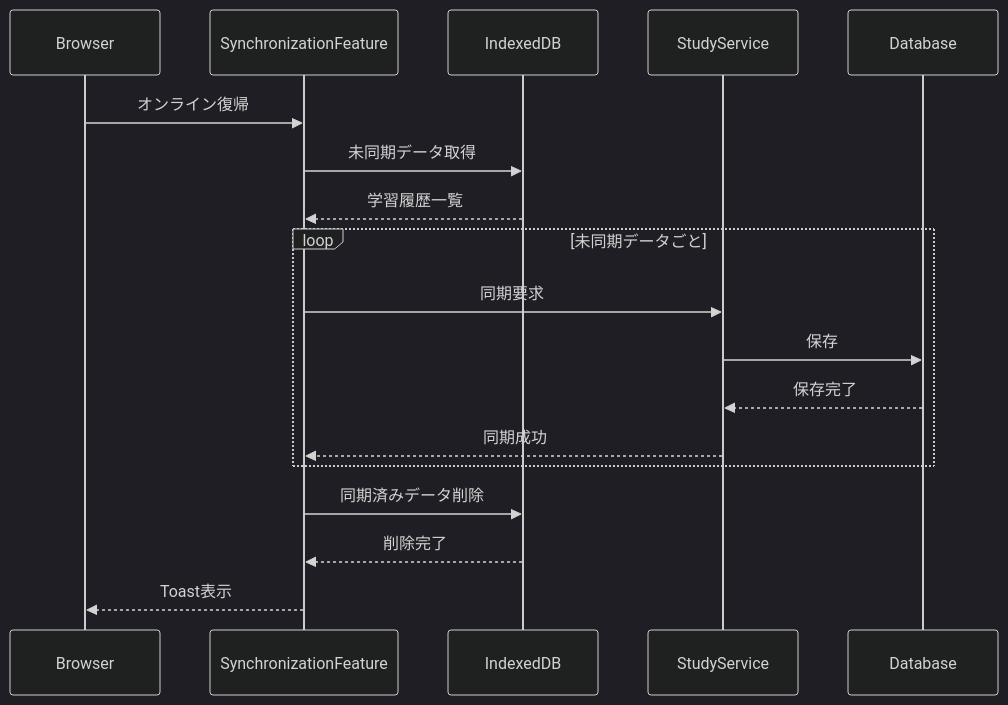
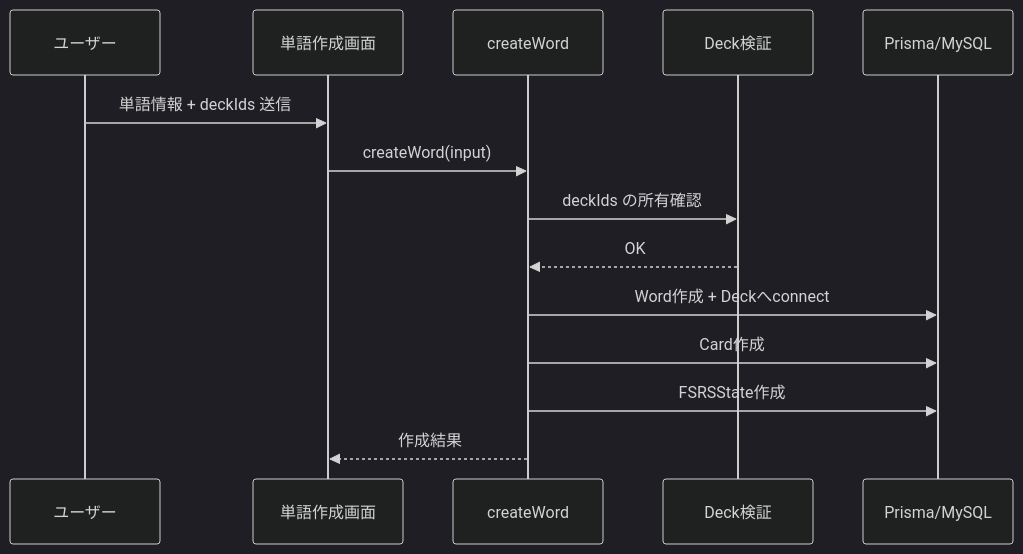
Before and after one commit to oniemikel/english-learning-tool: the third of 5 diagrams in docs/基本設計書.md, drawn with Mermaid (dark theme). The commit also changed other lines of this file and 2 other files, not shown here.

````diff
--- a/docs/基本設計書.md
+++ b/docs/基本設計書.md
@@ -5885,24 +139,17 @@
 ```mermaid
 sequenceDiagram
-    participant Browser
-    participant Sync as SynchronizationFeature
-    participant IDB as IndexedDB
-    participant Service as StudyService
-    participant DB as Database
+  participant U as ユーザー
+  participant P as 単語作成画面
+  participant W as createWord
+  participant D as Deck検証
+  participant DB as Prisma/MySQL
 
-    Browser->>Sync: オンライン復帰
-
-    Sync->>IDB: 未同期データ取得
-    IDB-->>Sync: 学習履歴一覧
-
-    loop 未同期データごと
-        Sync->>Service: 同期要求
-        Service->>DB: 保存
-        DB-->>Service: 保存完了
-        Service-->>Sync: 同期成功
-    end
-
-    Sync->>IDB: 同期済みデータ削除
-    IDB-->>Sync: 削除完了
-    Sync-->>Browser: Toast表示
+  U->>P: 単語情報 + deckIds 送信
+  P->>W: createWord(input)
+  W->>D: deckIds の所有確認
+  D-->>W: OK
+  W->>DB: Word作成 + Deckへconnect
+  W->>DB: Card作成
+  W->>DB: FSRSState作成
+  W-->>P: 作成結果
 ```
````
